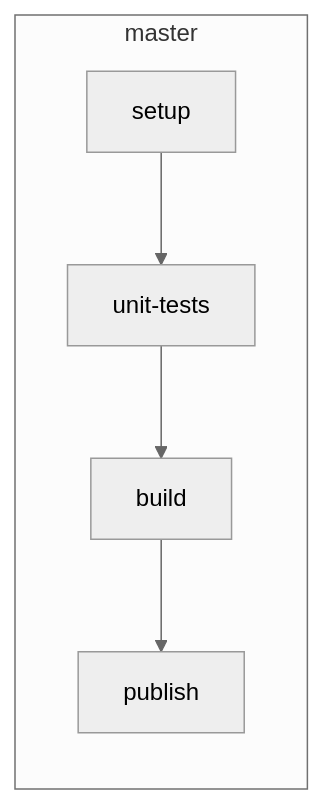
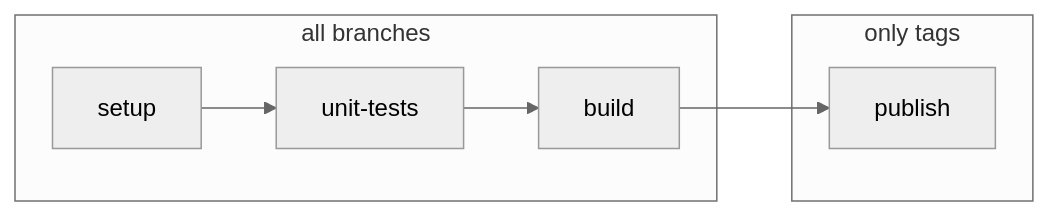
The second of 2 diagrams in MANIFEST.md (mmiranda222/.statsuite), drawn with Mermaid (neutral theme) before and after one commit.

````diff
--- a/MANIFEST.md
+++ b/MANIFEST.md
@@ -38,8 +38,10 @@
 ```mermaid
 graph LR
-    subgraph master
+    subgraph all branches
     setup --> unit-tests
     unit-tests --> build
+    end
+    subgraph only tags
     build --> publish
     end
 ```
````
